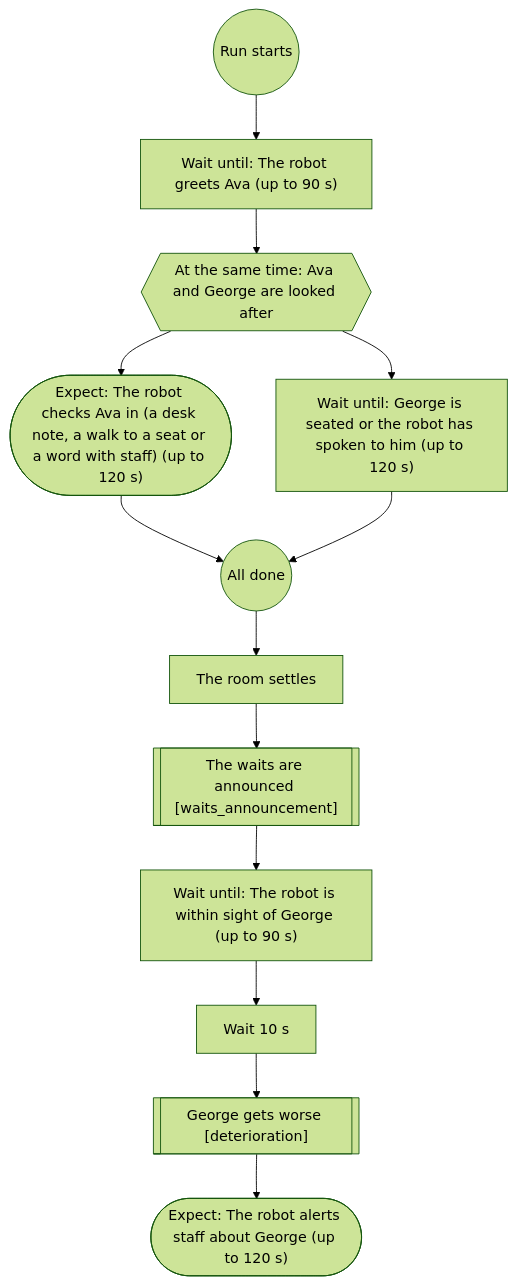
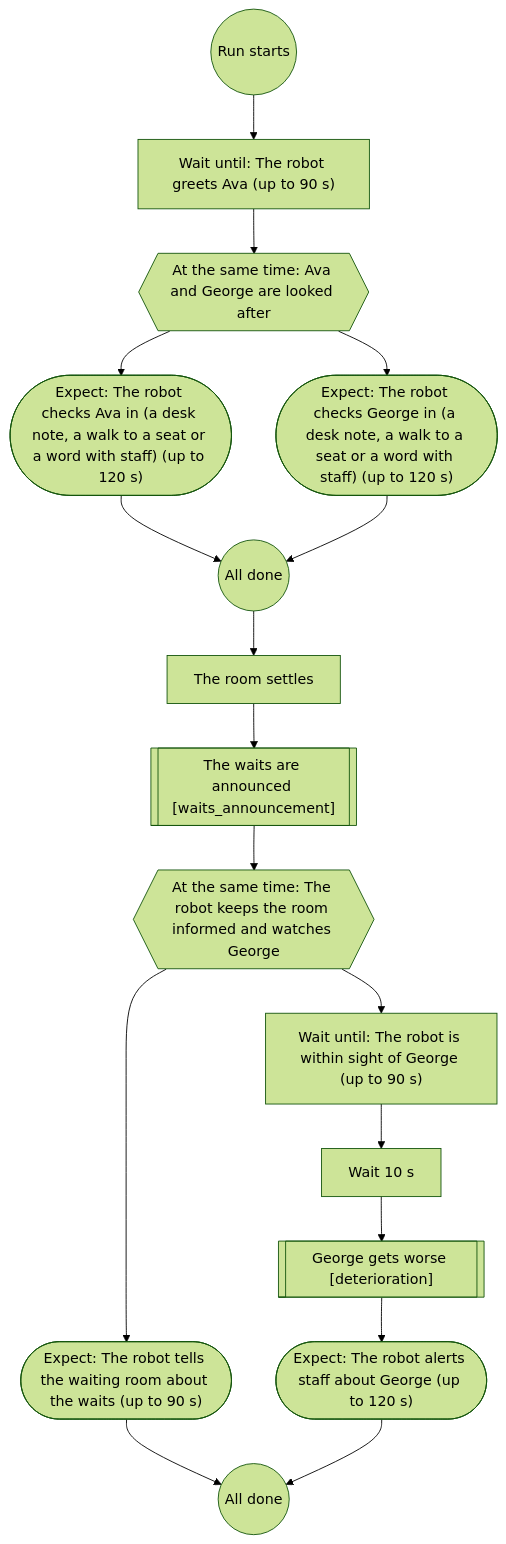
One commit to Bkrakshith/hospital-sim-agents changed the first of 9 diagrams in docs/scenario-flows.md. Above: the diagram before and after it, drawn with Mermaid (forest theme). The commit also changed other lines of this file and 12 other files, not shown here.

````diff
--- a/docs/scenario-flows.md
+++ b/docs/scenario-flows.md
@@ -13,27 +13,34 @@
 ```mermaid
 flowchart TD
   n1(("Run starts"))
   n2["Wait until: The robot greets Ava (up to 90 s)"]
   n1 --> n2
   n3{{"At the same time: Ava and George are looked after"}}
   n2 --> n3
   n4(["Expect: The robot checks Ava in (a desk note, a walk to a seat or a word with staff) (up to 120 s)"])
   n3 --> n4
-  n5["Wait until: George is seated or the robot has spoken to him (up to 120 s)"]
+  n5(["Expect: The robot checks George in (a desk note, a walk to a seat or a word with staff) (up to 120 s)"])
   n3 --> n5
   n6(("All done"))
   n4 --> n6
   n5 --> n6
   n7["The room settles"]
   n6 --> n7
   n8[["The waits are announced [waits_announcement]"]]
   n7 --> n8
-  n9["Wait until: The robot is within sight of George (up to 90 s)"]
+  n9{{"At the same time: The robot keeps the room informed and watches George"}}
   n8 --> n9
-  n10["Wait 10 s"]
+  n10(["Expect: The robot tells the waiting room about the waits (up to 90 s)"])
   n9 --> n10
-  n11[["George gets worse [deterioration]"]]
-  n10 --> n11
-  n12(["Expect: The robot alerts staff about George (up to 120 s)"])
+  n11["Wait until: The robot is within sight of George (up to 90 s)"]
+  n9 --> n11
+  n12["Wait 10 s"]
   n11 --> n12
+  n13[["George gets worse [deterioration]"]]
+  n12 --> n13
+  n14(["Expect: The robot alerts staff about George (up to 120 s)"])
+  n13 --> n14
+  n15(("All done"))
+  n10 --> n15
+  n14 --> n15
 ```
````
